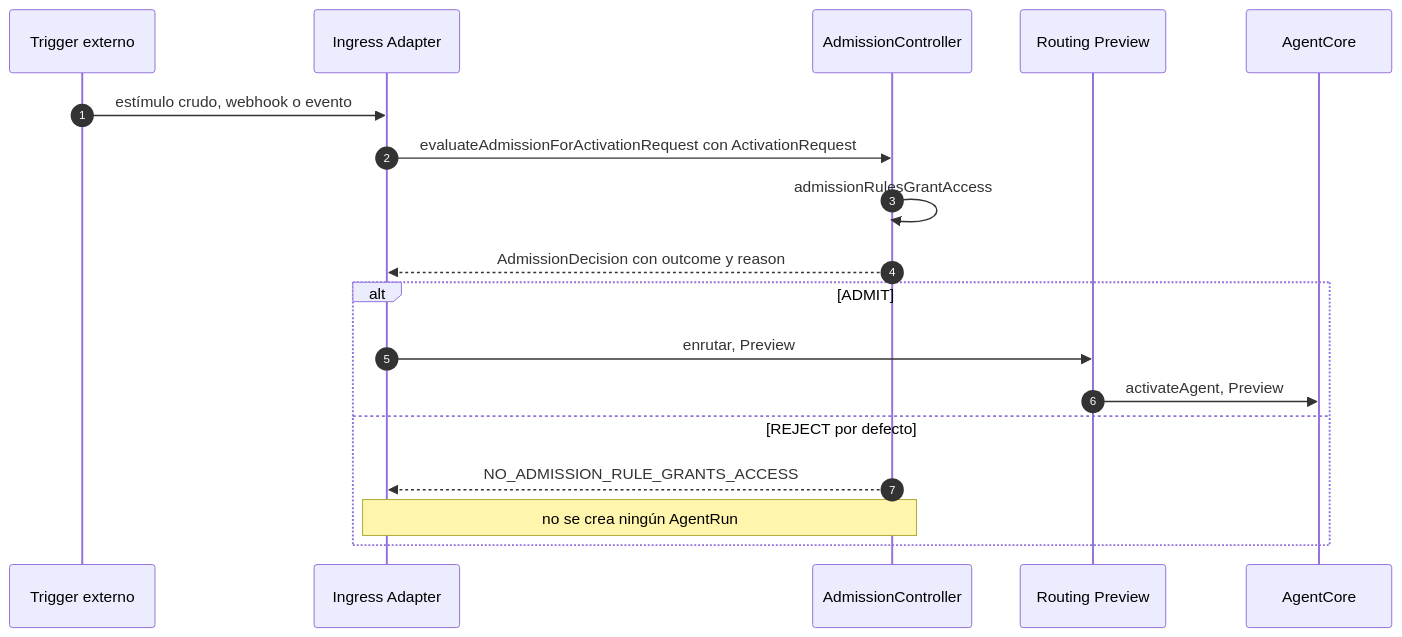
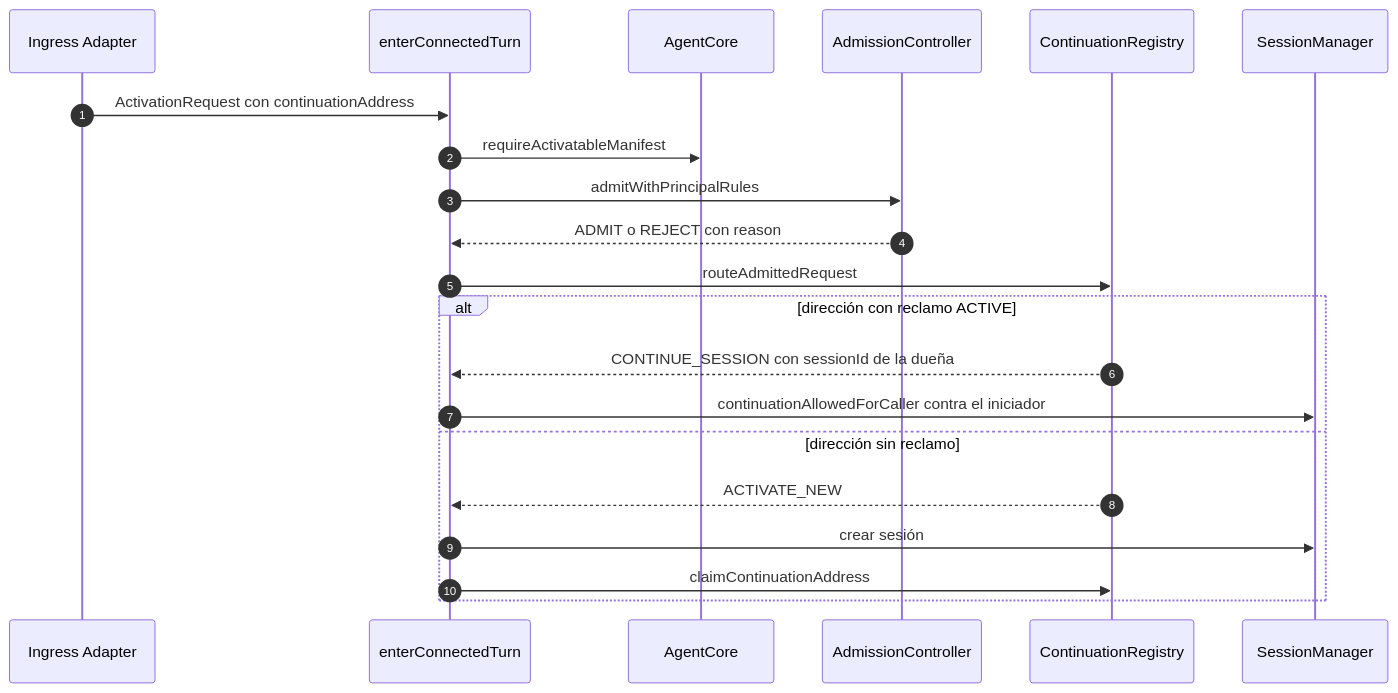
Before and after one commit to aaramirez/arnes-ai: the first of 10 diagrams in docs/diagramas/book-harness/BH-10-Flujos-Empresariales.md, drawn with Mermaid. The commit also changed other lines of this file and 52 other files, not shown here.

````diff
--- a/docs/diagramas/book-harness/BH-10-Flujos-Empresariales.md
+++ b/docs/diagramas/book-harness/BH-10-Flujos-Empresariales.md
@@ -48,21 +47,24 @@
 ```mermaid
 sequenceDiagram
   autonumber
-  participant T as Trigger externo
   participant IA as Ingress Adapter
+  participant F as enterConnectedTurn
+  participant AC as AgentCore
   participant ADM as AdmissionController
-  participant RT as Routing Preview
-  participant AC as AgentCore
+  participant CNR as ContinuationRegistry
+  participant SM as SessionManager
 
-  T->>IA: estímulo crudo, webhook o evento
-  IA->>ADM: evaluateAdmissionForActivationRequest con ActivationRequest
-  ADM->>ADM: admissionRulesGrantAccess
-  ADM-->>IA: AdmissionDecision con outcome y reason
-  alt ADMIT
-    IA->>RT: enrutar, Preview
-    RT->>AC: activateAgent, Preview
-  else REJECT por defecto
-    ADM-->>IA: NO_ADMISSION_RULE_GRANTS_ACCESS
-    Note over IA,ADM: no se crea ningún AgentRun
+  IA->>F: ActivationRequest con continuationAddress
+  F->>AC: requireActivatableManifest
+  F->>ADM: admitWithPrincipalRules
+  ADM-->>F: ADMIT o REJECT con reason
+  F->>CNR: routeAdmittedRequest
+  alt dirección con reclamo ACTIVE
+    CNR-->>F: CONTINUE_SESSION con sessionId de la dueña
+    F->>SM: continuationAllowedForCaller contra el iniciador
+  else dirección sin reclamo
+    CNR-->>F: ACTIVATE_NEW
+    F->>SM: crear sesión
+    F->>CNR: claimContinuationAddress
   end
 ```
````
